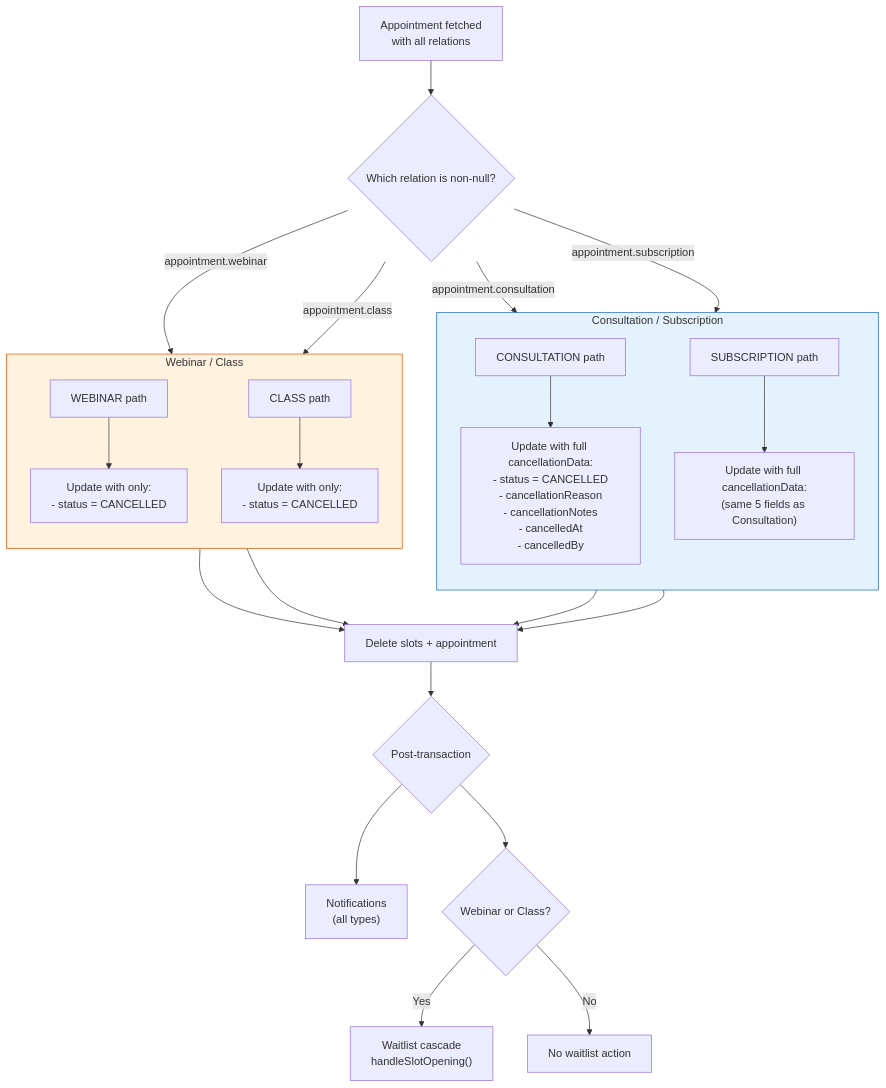
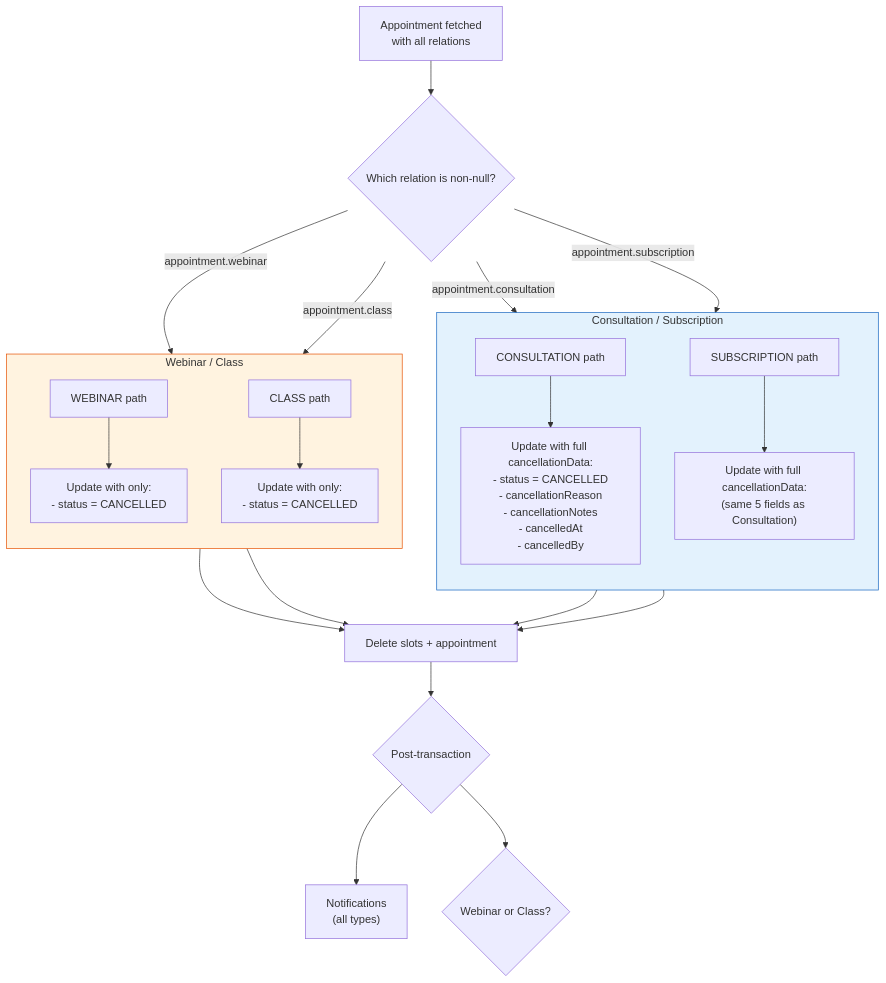
The sixth of 14 diagrams in docs/booking/08-cancellation-flow.md (Practitionist/familiarise_web), drawn with Mermaid before and after one commit. The commit also changed other lines of this file and 181 other files, not shown here.

````diff
--- a/docs/booking/08-cancellation-flow.md
+++ b/docs/booking/08-cancellation-flow.md
@@ -579,35 +575,33 @@
 ```mermaid
 flowchart TD
     A["Appointment fetched\nwith all relations"] --> B{Which relation is non-null?}
 
     B -->|"appointment.consultation"| C["CONSULTATION path"]
     B -->|"appointment.subscription"| D["SUBSCRIPTION path"]
     B -->|"appointment.webinar"| E["WEBINAR path"]
     B -->|"appointment.class"| F["CLASS path"]
 
     subgraph Consultation["Consultation / Subscription"]
         direction TB
         C --> C1["Update with full cancellationData:\n- status = CANCELLED\n- cancellationReason\n- cancellationNotes\n- cancelledAt\n- cancelledBy"]
         D --> D1["Update with full cancellationData:\n(same 5 fields as Consultation)"]
     end
 
     subgraph GroupEvent["Webinar / Class"]
         direction TB
         E --> E1["Update with only:\n- status = CANCELLED"]
         F --> F1["Update with only:\n- status = CANCELLED"]
     end
 
     C1 --> G["Delete slots + appointment"]
     D1 --> G
     E1 --> G
     F1 --> G
 
     G --> H{Post-transaction}
     H --> I["Notifications\n(all types)"]
     H --> J{Webinar or Class?}
-    J -->|Yes| K["Waitlist cascade\nhandleSlotOpening()"]
-    J -->|No| L["No waitlist action"]
 
     style Consultation fill:#e3f2fd,stroke:#1565c0
     style GroupEvent fill:#fff3e0,stroke:#e65100
 ```
````
